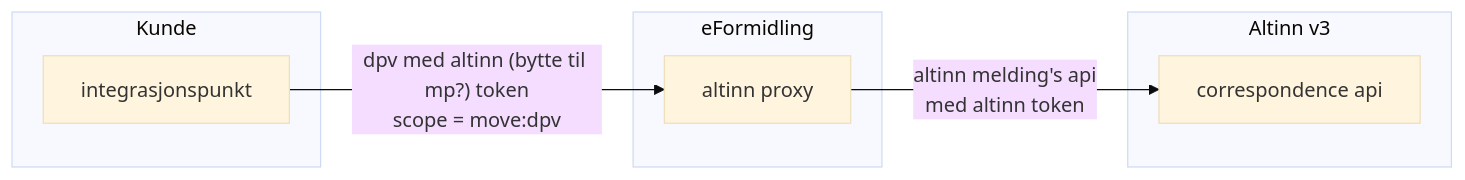
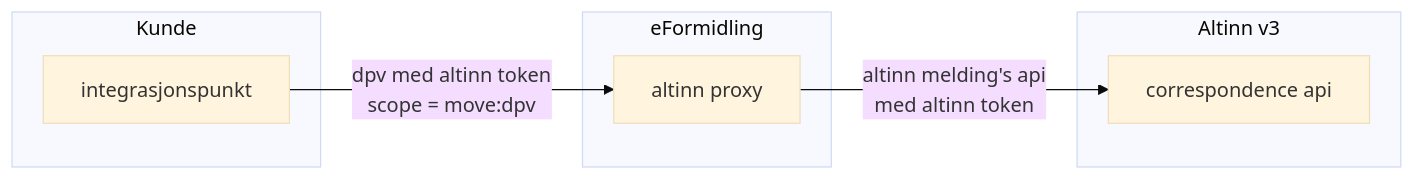
Before and after one commit to felleslosninger/efm-integrasjonspunkt: the first of 2 diagrams in altinn-v3-proxy/README.md, drawn with Mermaid (base theme). The commit also changed other lines of this file and 19 other files, not shown here.

Commit message:
Refactoring - Konfig heter nå systemUser og er av typen AltinnSystemUser (var authorizationDetails og AltinnAuthorizationDetails)

````diff
--- a/altinn-v3-proxy/README.md
+++ b/altinn-v3-proxy/README.md
@@ -10,18 +10,18 @@
 ```mermaid
 graph LR
 
     subgraph Kunde
         IP[integrasjonspunkt]
     end
 
     subgraph eFormidling
         AP[altinn proxy]
     end
 
     subgraph Altinn v3
         CA[correspondence api]
     end
 
-    IP-- dpv med altinn (bytte til mp?) token\nscope = move:dpv -->AP
+    IP-- dpv med altinn token\nscope = move:dpv -->AP
     AP-- altinn melding's api\nmed altinn token -->CA
 ```
````
